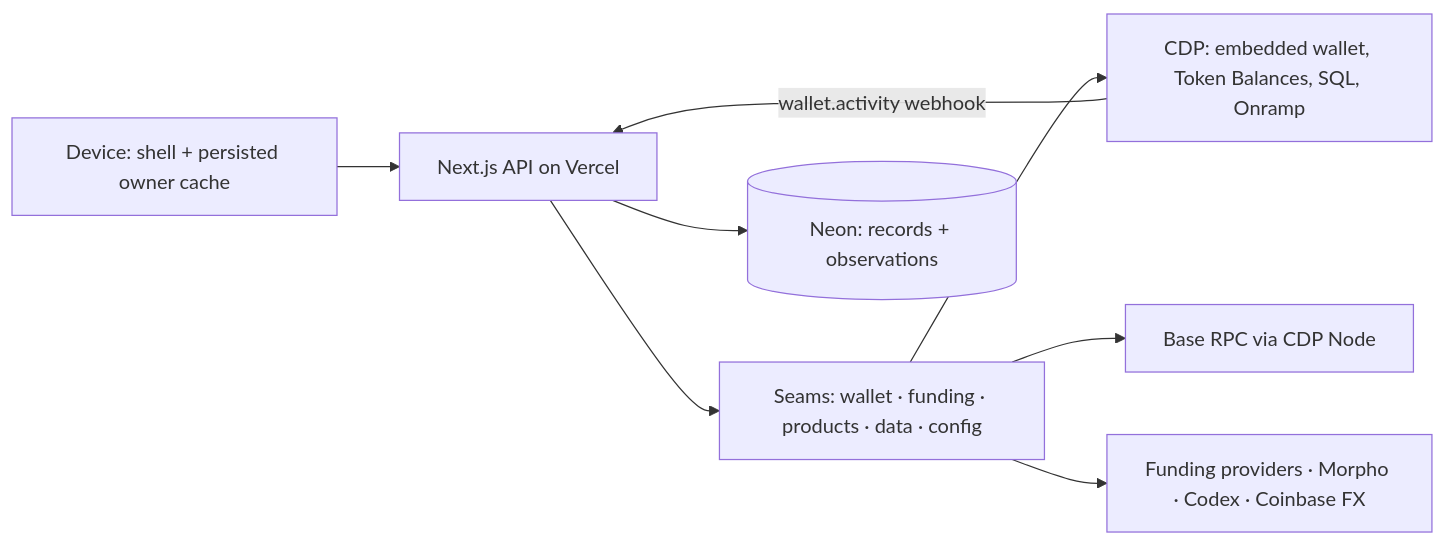
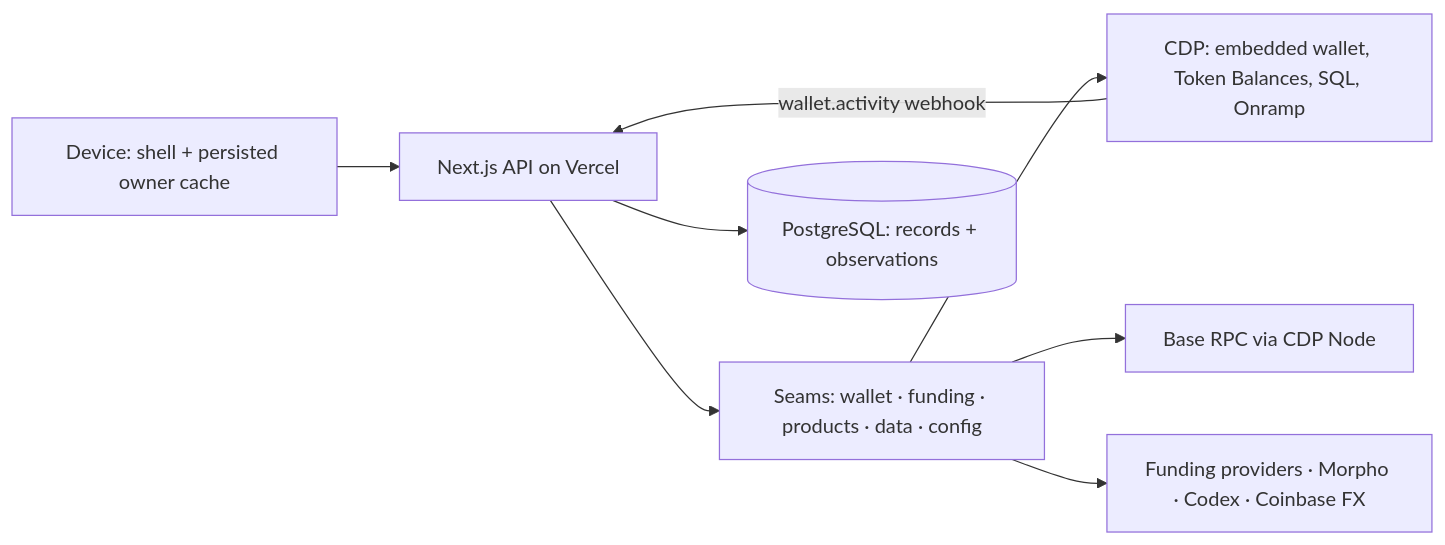
Before and after one commit to Kewe63/home: the diagram in docs/architecture.md, drawn with Mermaid. The commit also changed other lines of this file and 12 other files, not shown here.

First line of the commit message:
ops(dx): local postgres via docker compose; pg driver so local, ci and neon are one path (#289) (#394)

````diff
--- a/docs/architecture.md
+++ b/docs/architecture.md
@@ -35,10 +35,10 @@
 ```mermaid
 flowchart LR
   Device[Device: shell + persisted owner cache] --> API[Next.js API on Vercel]
   API --> Seams[Seams: wallet · funding · products · data · config]
   Seams --> CDP[CDP: embedded wallet, Token Balances, SQL, Onramp]
   Seams --> Base[Base RPC via CDP Node]
   Seams --> Providers[Funding providers · Morpho · Codex · Coinbase FX]
-  API --> Neon[(Neon: records + observations)]
+  API --> Postgres[(PostgreSQL: records + observations)]
   CDP -- wallet.activity webhook --> API
 ```
````
